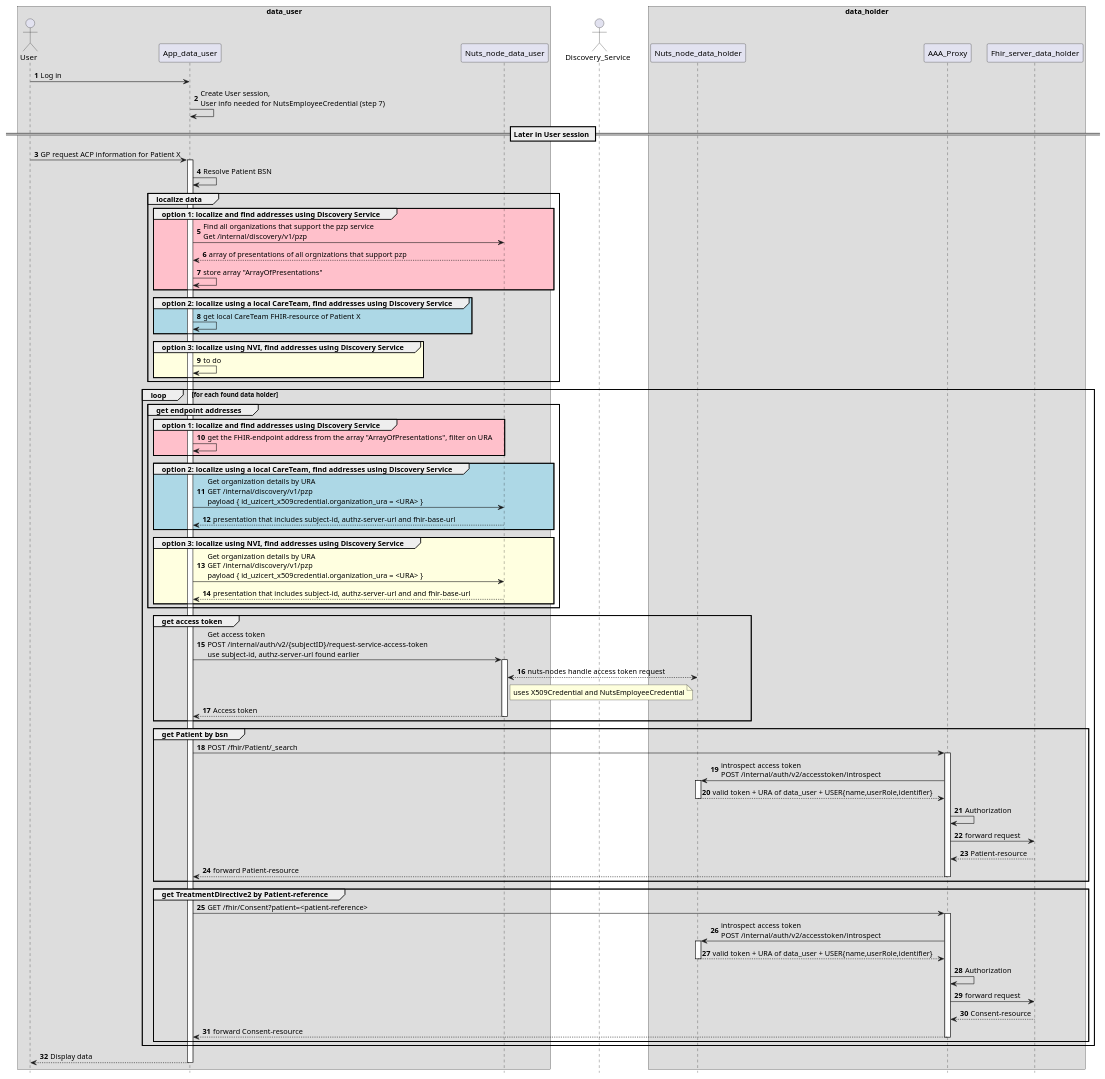
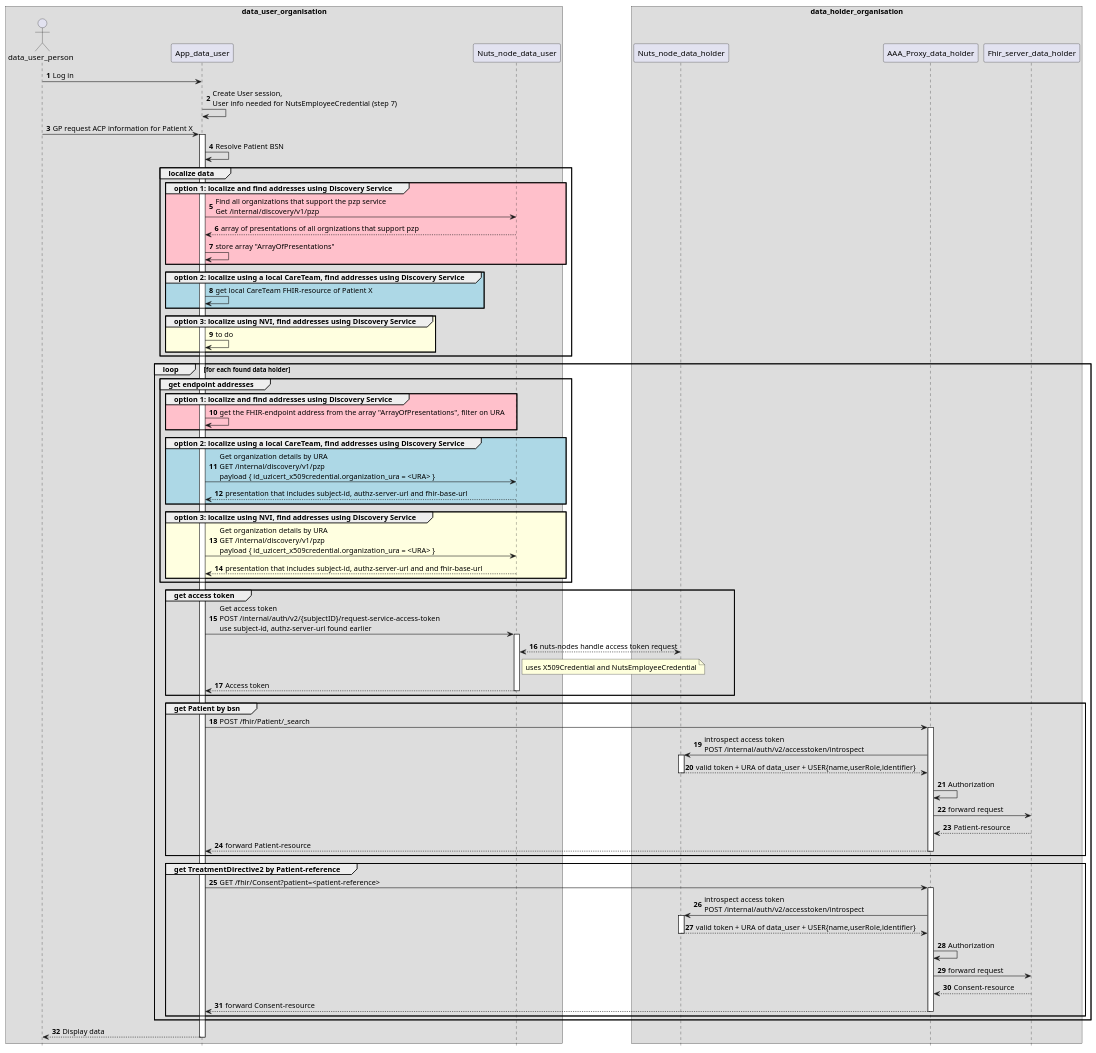
Before and after one commit to nuts-foundation/application-on-nuts-acp-pzp: the diagram in sequence-diagrams/request-data-from-multiple-data-holders.puml, drawn with PlantUML.

Commit message:
updated actor- and participant names, deleted discovery server

```diff
--- a/sequence-diagrams/request-data-from-multiple-data-holders.puml
+++ b/sequence-diagrams/request-data-from-multiple-data-holders.puml
@@ -1,103 +1,98 @@
 @startuml
 hide footbox
 autonumber
 skinparam BoxPadding 20
 
-box data_user
-actor User
+box data_user_organisation
+actor data_user_person
 participant App_data_user
 participant Nuts_node_data_user
 end box
 
-actor Discovery_Service
-
-box data_holder
+box data_holder_organisation
 participant Nuts_node_data_holder
-participant AAA_Proxy
+participant AAA_Proxy_data_holder
 participant Fhir_server_data_holder
 end box
-User -> App_data_user : Log in
+data_user_person -> App_data_user : Log in
 App_data_user -> App_data_user : Create User session, \nUser info needed for NutsEmployeeCredential (step 7)
 
-== Later in User session ==
-
-User -> App_data_user : GP request ACP information for Patient X
+data_user_person -> App_data_user : GP request ACP information for Patient X
 activate App_data_user
     App_data_user -> App_data_user: Resolve Patient BSN
 
     group localize data
         group #pink option 1: localize and find addresses using Discovery Service
             App_data_user -> Nuts_node_data_user: Find all organizations that support the pzp service \nGet /internal/discovery/v1/pzp
             Nuts_node_data_user --> App_data_user: array of presentations of all orgnizations that support pzp
             App_data_user-> App_data_user: store array "ArrayOfPresentations"
         end group
 
         group #lightblue option 2: localize using a local CareTeam, find addresses using Discovery Service
             App_data_user -> App_data_user: get local CareTeam FHIR-resource of Patient X
         end group
 
         group #LightYellow option 3: localize using NVI, find addresses using Discovery Service
             App_data_user->App_data_user: to do
         end group
     end group
 
     loop for each found data holder
         group get endpoint addresses
             group #pink option 1: localize and find addresses using Discovery Service
                 App_data_user-> App_data_user: get the FHIR-endpoint address from the array "ArrayOfPresentations", filter on URA
             end group
             
             group #lightblue option 2: localize using a local CareTeam, find addresses using Discovery Service
                 App_data_user -> Nuts_node_data_user: Get organization details by URA \nGET /internal/discovery/v1/pzp \npayload { id_uzicert_x509credential.organization_ura = <URA> }
                 Nuts_node_data_user --> App_data_user: presentation that includes subject-id, authz-server-url and fhir-base-url
             end group
 
             group #LightYellow option 3: localize using NVI, find addresses using Discovery Service
                 App_data_user -> Nuts_node_data_user: Get organization details by URA \nGET /internal/discovery/v1/pzp \npayload { id_uzicert_x509credential.organization_ura = <URA> }
                 Nuts_node_data_user --> App_data_user: presentation that includes subject-id, authz-server-url and and fhir-base-url
             end group
         end group
 
         group get access token    
             App_data_user -> Nuts_node_data_user: Get access token \nPOST /internal/auth/v2/{subjectID}/request-service-access-token \nuse subject-id, authz-server-url found earlier
             activate Nuts_node_data_user
                 Nuts_node_data_user <--> Nuts_node_data_holder : nuts-nodes handle access token request
                 note right of Nuts_node_data_user : uses X509Credential and NutsEmployeeCredential
                 Nuts_node_data_user --> App_data_user : Access token
             deactivate Nuts_node_data_user
         end group
 
         group get Patient by bsn
-            App_data_user -> AAA_Proxy: POST /fhir/Patient/_search
-            activate AAA_Proxy
-                AAA_Proxy -> Nuts_node_data_holder : introspect access token\nPOST /internal/auth/v2/accesstoken/introspect
+            App_data_user -> AAA_Proxy_data_holder: POST /fhir/Patient/_search
+            activate AAA_Proxy_data_holder
+                AAA_Proxy_data_holder -> Nuts_node_data_holder : introspect access token\nPOST /internal/auth/v2/accesstoken/introspect
                 activate Nuts_node_data_holder
-                    Nuts_node_data_holder-->AAA_Proxy : valid token + URA of data_user + USER{name,userRole,identifier}
+                    Nuts_node_data_holder-->AAA_Proxy_data_holder : valid token + URA of data_user + USER{name,userRole,identifier}
                 deactivate Nuts_node_data_holder
-                AAA_Proxy -> AAA_Proxy: Authorization
-                AAA_Proxy->Fhir_server_data_holder: forward request
-                Fhir_server_data_holder-->AAA_Proxy: Patient-resource
-                AAA_Proxy --> App_data_user: forward Patient-resource
-            deactivate AAA_Proxy
+                AAA_Proxy_data_holder -> AAA_Proxy_data_holder: Authorization
+                AAA_Proxy_data_holder->Fhir_server_data_holder: forward request
+                Fhir_server_data_holder-->AAA_Proxy_data_holder: Patient-resource
+                AAA_Proxy_data_holder --> App_data_user: forward Patient-resource
+            deactivate AAA_Proxy_data_holder
         end group
 
         group get TreatmentDirective2 by Patient-reference
-            App_data_user -> AAA_Proxy: GET /fhir/Consent?patient=<patient-reference>
-            activate AAA_Proxy
-                AAA_Proxy -> Nuts_node_data_holder : introspect access token\nPOST /internal/auth/v2/accesstoken/introspect
+            App_data_user -> AAA_Proxy_data_holder: GET /fhir/Consent?patient=<patient-reference>
+            activate AAA_Proxy_data_holder
+                AAA_Proxy_data_holder -> Nuts_node_data_holder : introspect access token\nPOST /internal/auth/v2/accesstoken/introspect
                 activate Nuts_node_data_holder
-                    Nuts_node_data_holder-->AAA_Proxy : valid token + URA of data_user + USER{name,userRole,identifier}
+                    Nuts_node_data_holder-->AAA_Proxy_data_holder : valid token + URA of data_user + USER{name,userRole,identifier}
                 deactivate Nuts_node_data_holder
-                AAA_Proxy -> AAA_Proxy: Authorization
-                AAA_Proxy->Fhir_server_data_holder: forward request
-                Fhir_server_data_holder-->AAA_Proxy: Consent-resource
-                AAA_Proxy --> App_data_user: forward Consent-resource
-            deactivate AAA_Proxy
+                AAA_Proxy_data_holder -> AAA_Proxy_data_holder: Authorization
+                AAA_Proxy_data_holder->Fhir_server_data_holder: forward request
+                Fhir_server_data_holder-->AAA_Proxy_data_holder: Consent-resource
+                AAA_Proxy_data_holder --> App_data_user: forward Consent-resource
+            deactivate AAA_Proxy_data_holder
         end group
-
     end loop
     
-    App_data_user-->User : Display data
+    App_data_user-->data_user_person : Display data
 deactivate App_data_user
 
 @enduml
```
